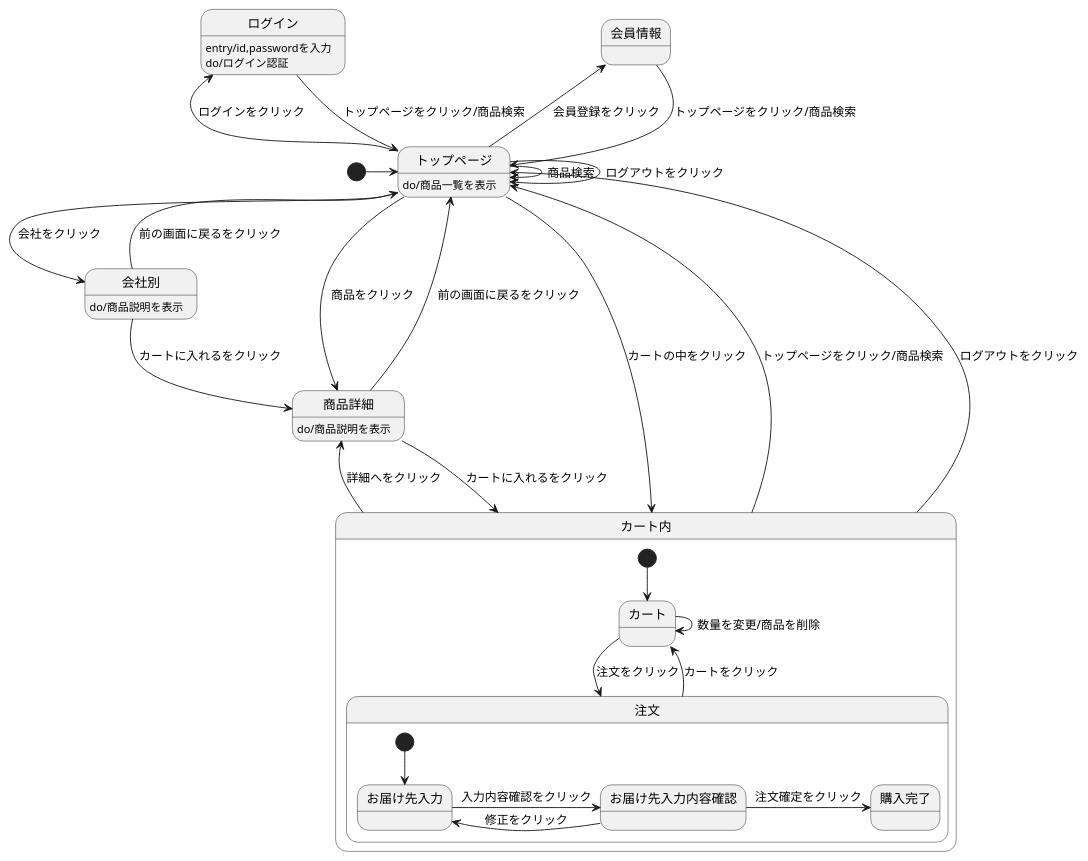
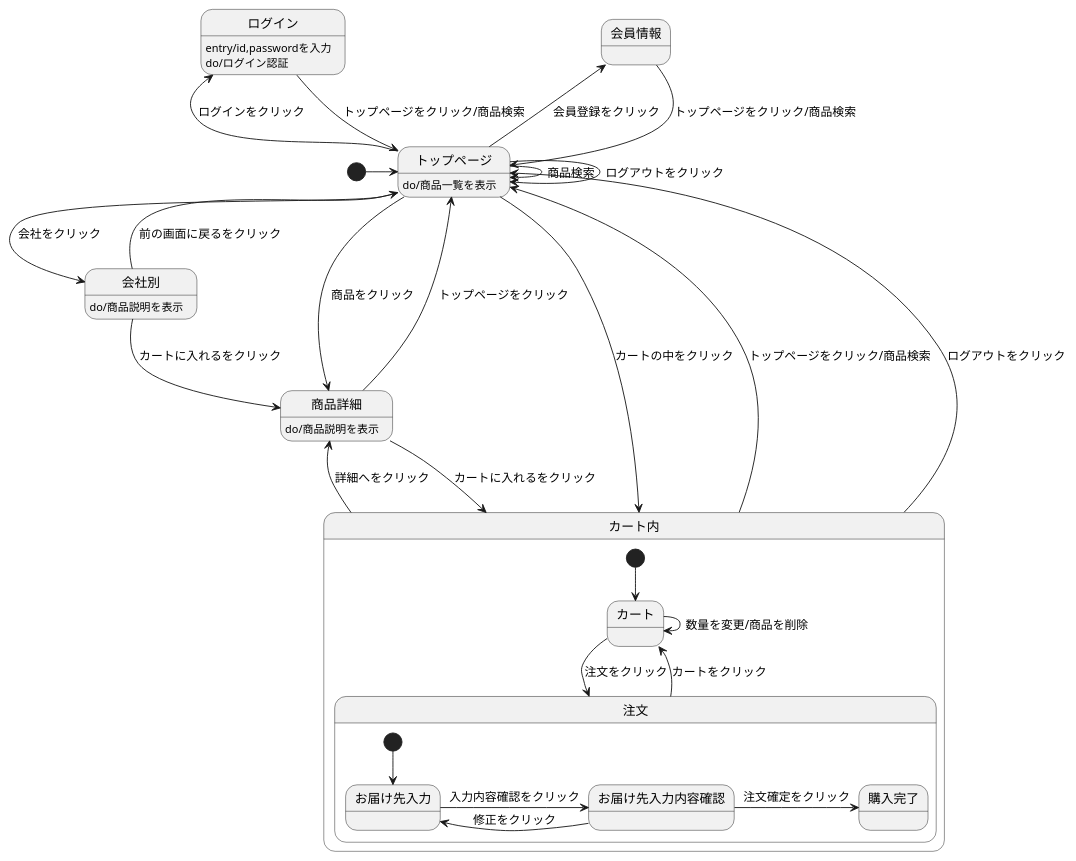
One commit to Aso2001403/2021sys-design changed the diagram in myHP/第１２回画面遷移/画面遷移.md. Above: the diagram before and after it, drawn with PlantUML.

````diff
--- a/myHP/第１２回画面遷移/画面遷移.md
+++ b/myHP/第１２回画面遷移/画面遷移.md
@@ -1,39 +1,39 @@
 ```uml
 @startuml
 [*] -> トップページ
 会員情報 --> トップページ : トップページをクリック/商品検索
 ログイン --> トップページ : トップページをクリック/商品検索
 ログイン : entry/id,passwordを入力
 ログイン : do/ログイン認証
 トップページ --> トップページ : ログアウトをクリック
 トップページ -> トップページ : 商品検索
 トップページ -> 商品詳細 : 商品をクリック
 トップページ -> 会社別 : 会社をクリック
 トップページ -left-> 会員情報 : 会員登録をクリック
 トップページ -left-> ログイン : ログインをクリック
 トップページ --> カート内 : カートの中をクリック
 トップページ : do/商品一覧を表示
 商品詳細 --> カート内 : カートに入れるをクリック
-商品詳細 --> トップページ : 前の画面に戻るをクリック
+商品詳細 --> トップページ : トップページをクリック
 商品詳細 : do/商品説明を表示
 会社別 --> 商品詳細 : カートに入れるをクリック
 会社別 --> トップページ : 前の画面に戻るをクリック
 会社別 : do/商品説明を表示
 カート内 -up-> トップページ : トップページをクリック/商品検索
 カート内 -up-> トップページ : ログアウトをクリック
 カート内 -> 商品詳細 : 詳細へをクリック
 
 state カート内 {
   [*] --> カート
   カート -> 注文 : 注文をクリック
   カート -> カート : 数量を変更/商品を削除
   注文 --> カート : カートをクリック
   state 注文 {
     [*] --> お届け先入力
     お届け先入力 -> お届け先入力内容確認 : 入力内容確認をクリック
     お届け先入力内容確認 -> お届け先入力 : 修正をクリック
     お届け先入力内容確認 -> 購入完了 : 注文確定をクリック
   }
 
 @enduml
 ```
````
